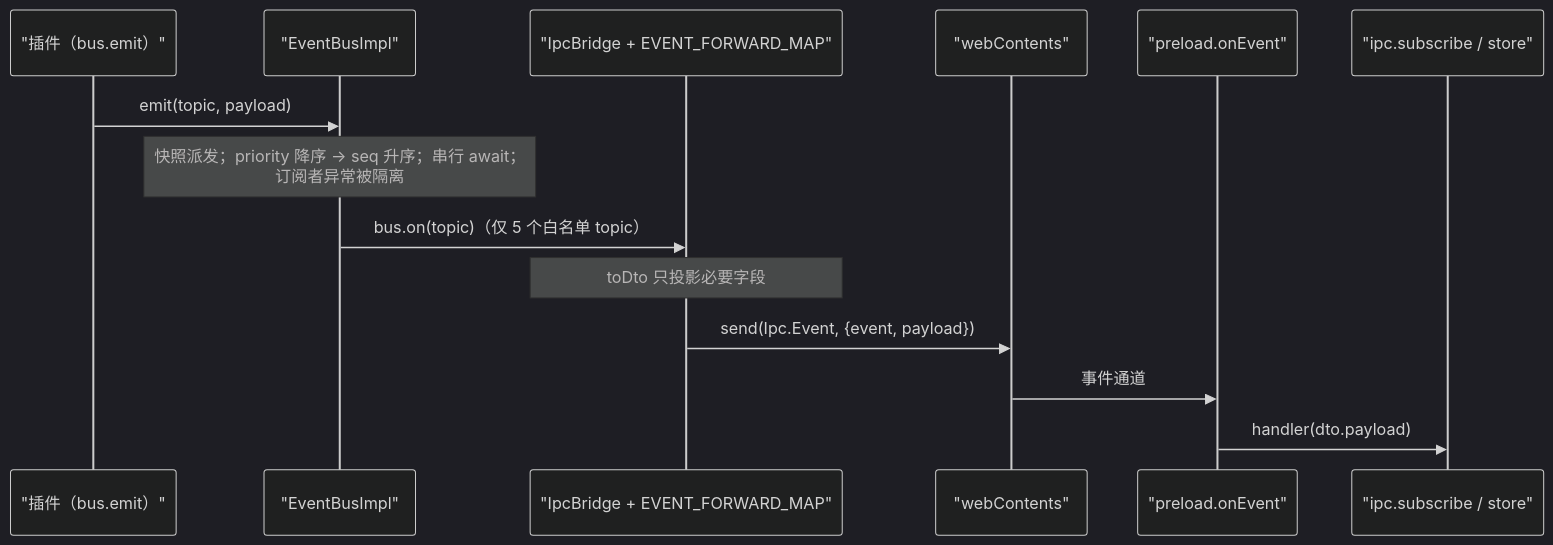
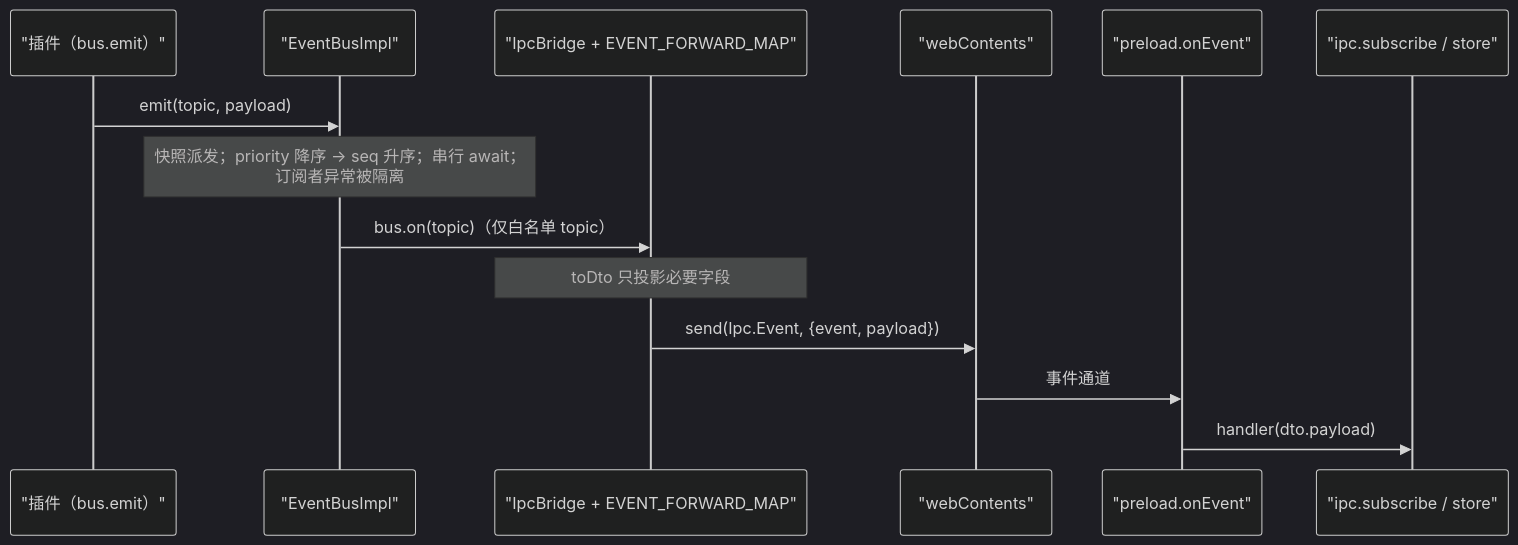
One commit to kino14910/REM2 changed the fifth of 5 diagrams in docs/01-architecture-overview.md. Above: the diagram before and after it, drawn with Mermaid (dark theme). The commit also changed other lines of this file and 13 other files, not shown here.

````diff
--- a/docs/01-architecture-overview.md
+++ b/docs/01-architecture-overview.md
@@ -435,17 +436,17 @@
 ```mermaid
 sequenceDiagram
     participant P as "插件（bus.emit）"
     participant BUS as "EventBusImpl"
     participant BR as "IpcBridge + EVENT_FORWARD_MAP"
     participant WC as "webContents"
     participant PRE as "preload.onEvent"
     participant FE as "ipc.subscribe / store"
 
     P->>BUS: emit(topic, payload)
     Note over BUS: 快照派发；priority 降序 → seq 升序；串行 await；<br/>订阅者异常被隔离
-    BUS->>BR: bus.on(topic)（仅 5 个白名单 topic）
+    BUS->>BR: bus.on(topic)（仅白名单 topic）
     Note over BR: toDto 只投影必要字段
     BR->>WC: send(Ipc.Event, {event, payload})
     WC->>PRE: 事件通道
     PRE->>FE: handler(dto.payload)
 ```
````
